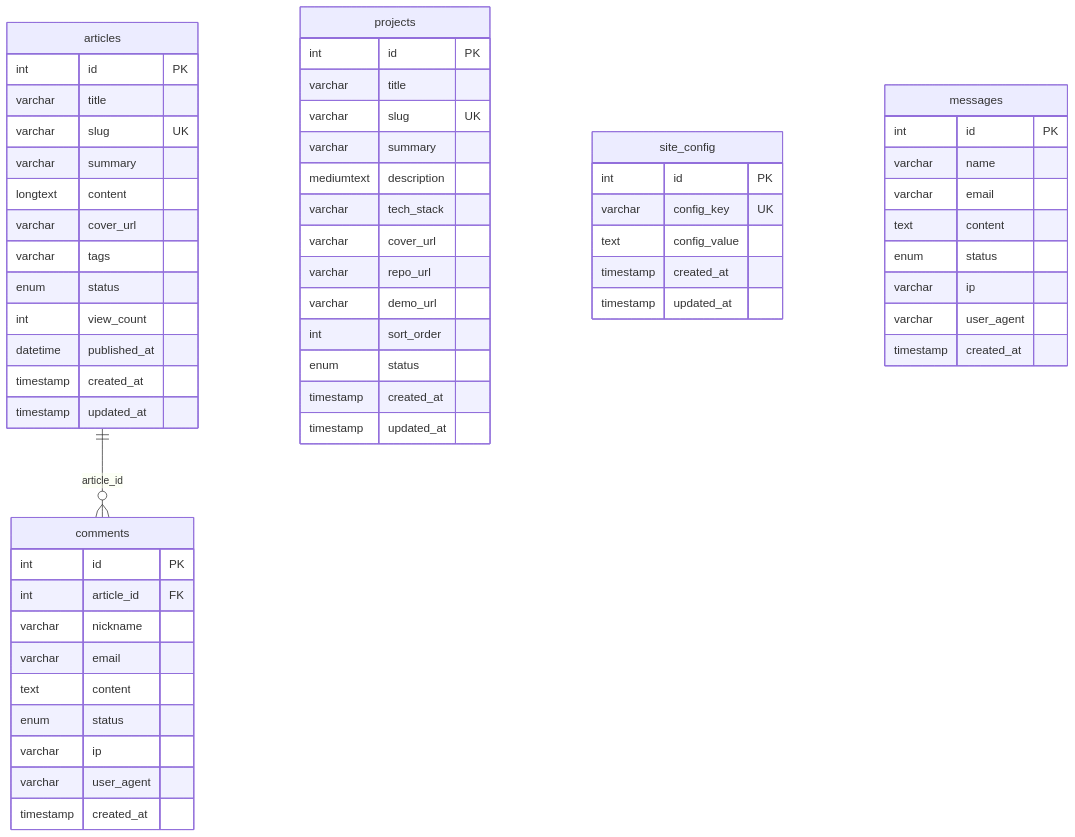
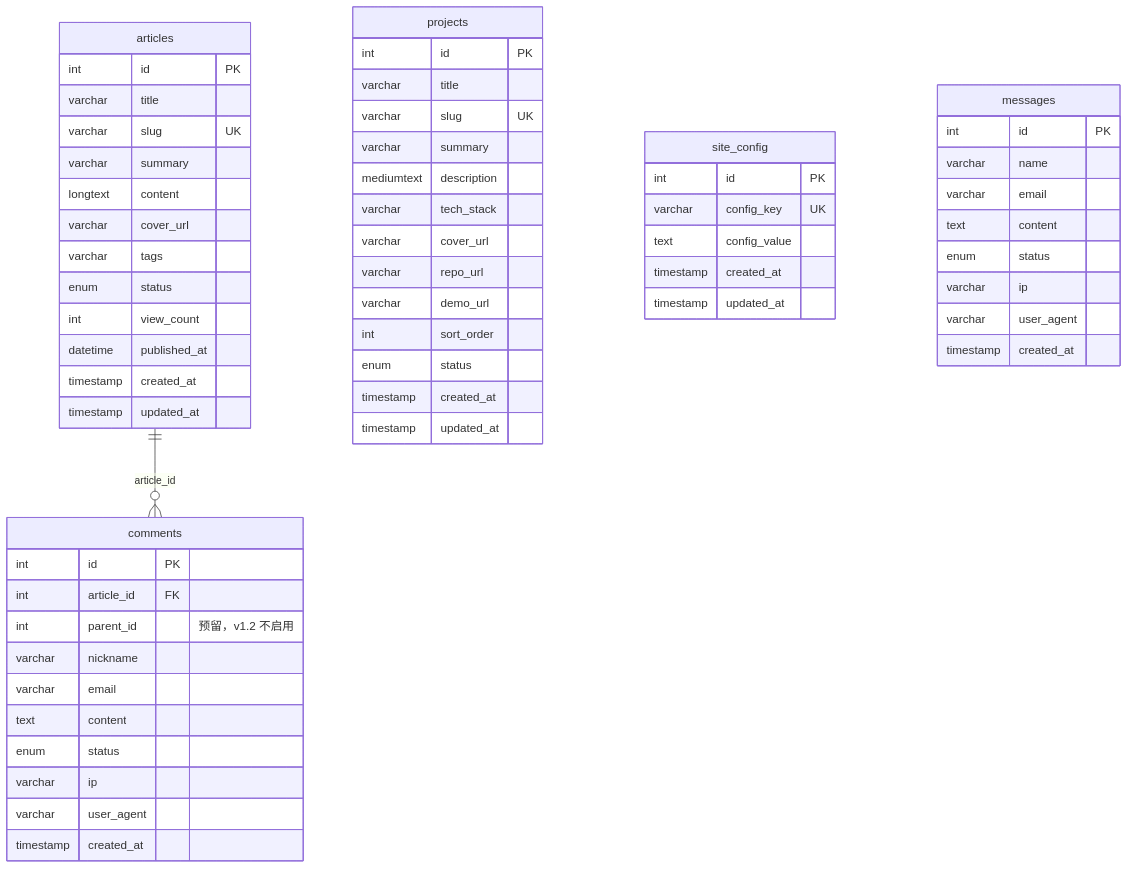
Before and after one commit to elorin634-dev/personal-blog: the diagram in docs/database.md, drawn with Mermaid. The commit also changed other lines of this file and 2 other files, not shown here.

````diff
--- a/docs/database.md
+++ b/docs/database.md
@@ -14,66 +14,67 @@
 ```mermaid
 erDiagram
     articles ||--o{ comments : "article_id"
 
     projects {
         int id PK
         varchar title
         varchar slug UK
         varchar summary
         mediumtext description
         varchar tech_stack
         varchar cover_url
         varchar repo_url
         varchar demo_url
         int sort_order
         enum status
         timestamp created_at
         timestamp updated_at
     }
 
     articles {
         int id PK
         varchar title
         varchar slug UK
         varchar summary
         longtext content
         varchar cover_url
         varchar tags
         enum status
         int view_count
         datetime published_at
         timestamp created_at
         timestamp updated_at
     }
 
     site_config {
         int id PK
         varchar config_key UK
         text config_value
         timestamp created_at
         timestamp updated_at
     }
 
     comments {
         int id PK
         int article_id FK
+        int parent_id "预留，v1.2 不启用"
         varchar nickname
         varchar email
         text content
         enum status
         varchar ip
         varchar user_agent
         timestamp created_at
     }
 
     messages {
         int id PK
         varchar name
         varchar email
         text content
         enum status
         varchar ip
         varchar user_agent
         timestamp created_at
     }
 ```
````
